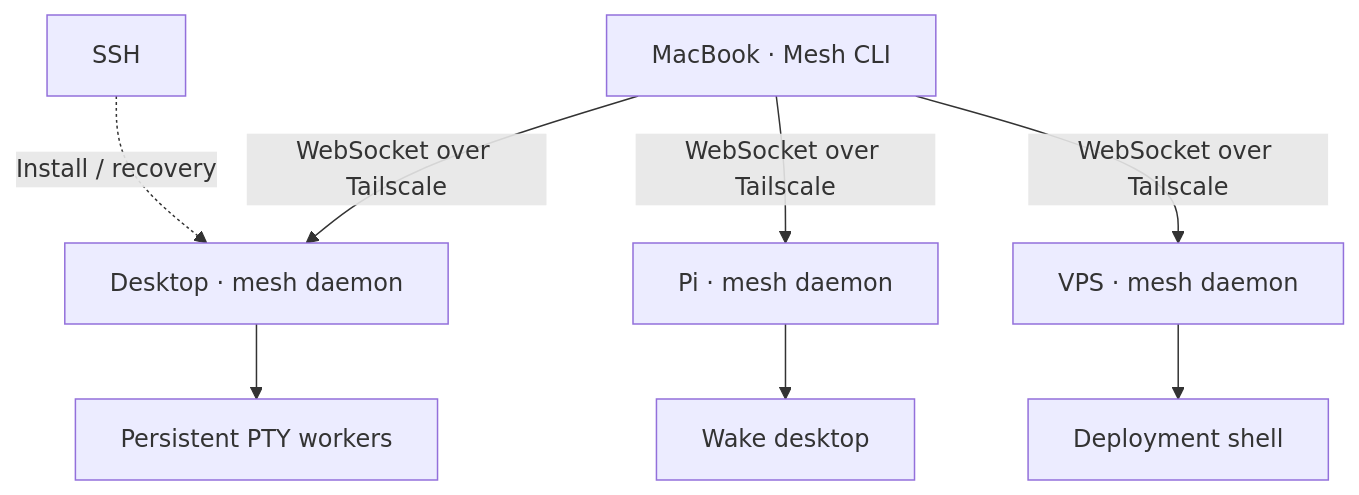
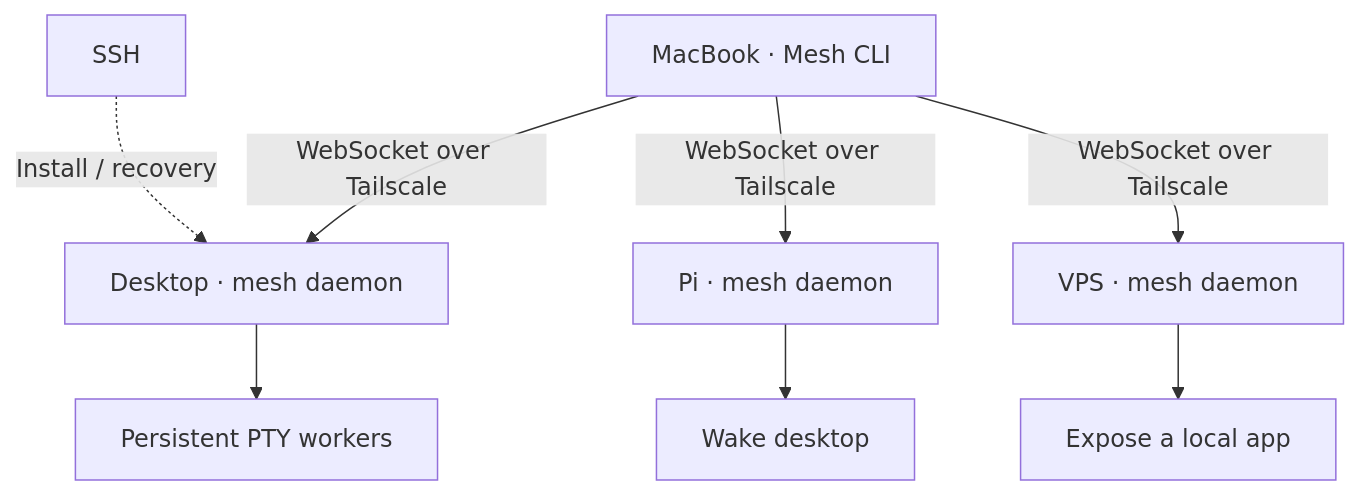
Before and after one commit to ShaulLavo/mesh: the diagram in docs/plan/00-overview.md, drawn with Mermaid. The commit also changed other lines of this file and 4 other files, not shown here.

````diff
--- a/docs/plan/00-overview.md
+++ b/docs/plan/00-overview.md
@@ -9,12 +9,12 @@
 ```mermaid
 flowchart TD
     M["MacBook · Mesh CLI"] -->|"WebSocket over Tailscale"| PC["Desktop · mesh daemon"]
     M -->|"WebSocket over Tailscale"| PI["Pi · mesh daemon"]
     M -->|"WebSocket over Tailscale"| VPS["VPS · mesh daemon"]
 
     PC --> PW["Persistent PTY workers"]
     PI --> WOL["Wake desktop"]
-    VPS --> DP["Deployment shell"]
+    VPS --> EX["Expose a local app"]
 
     SSH["SSH"] -. "Install / recovery" .-> PC
 ```
````
